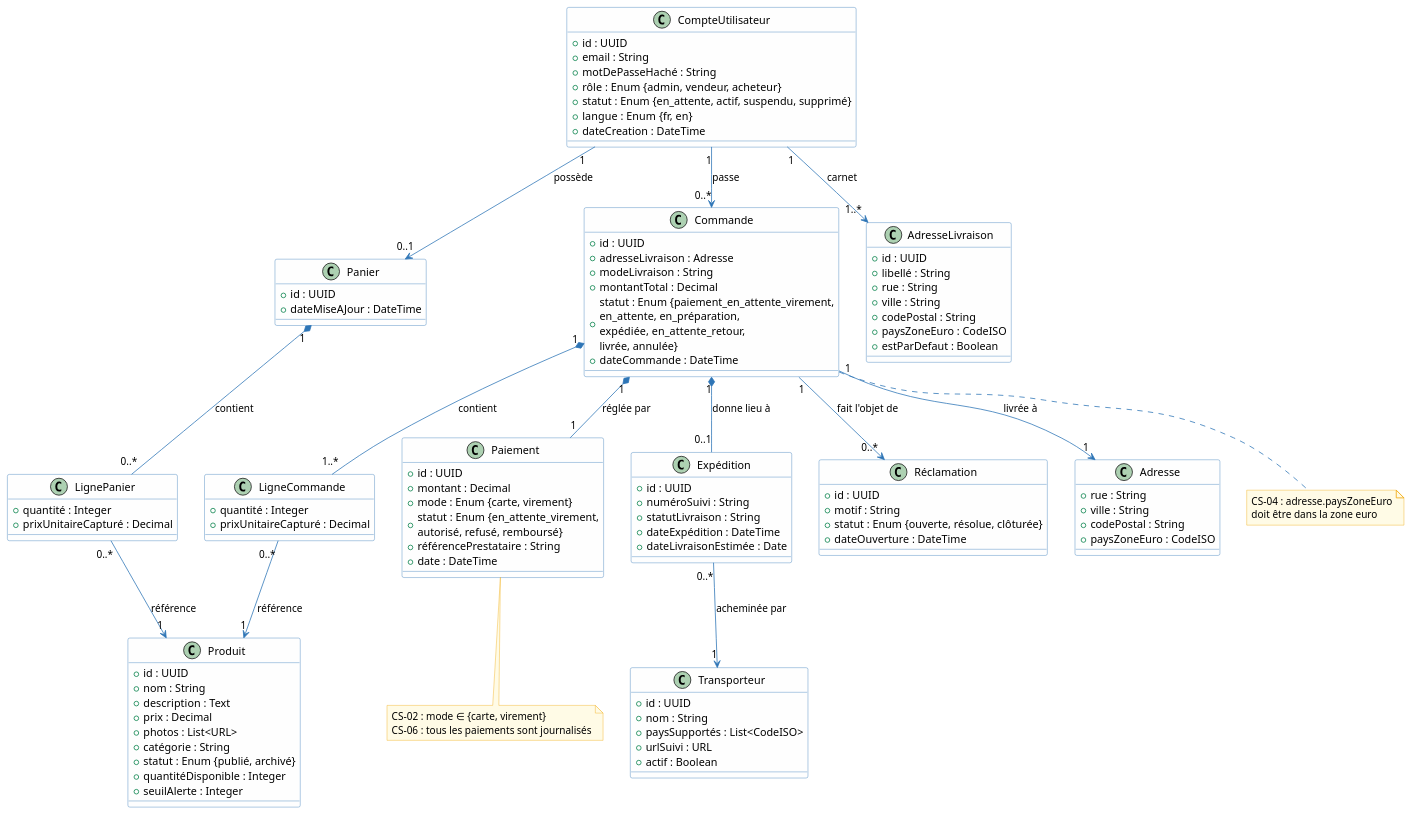
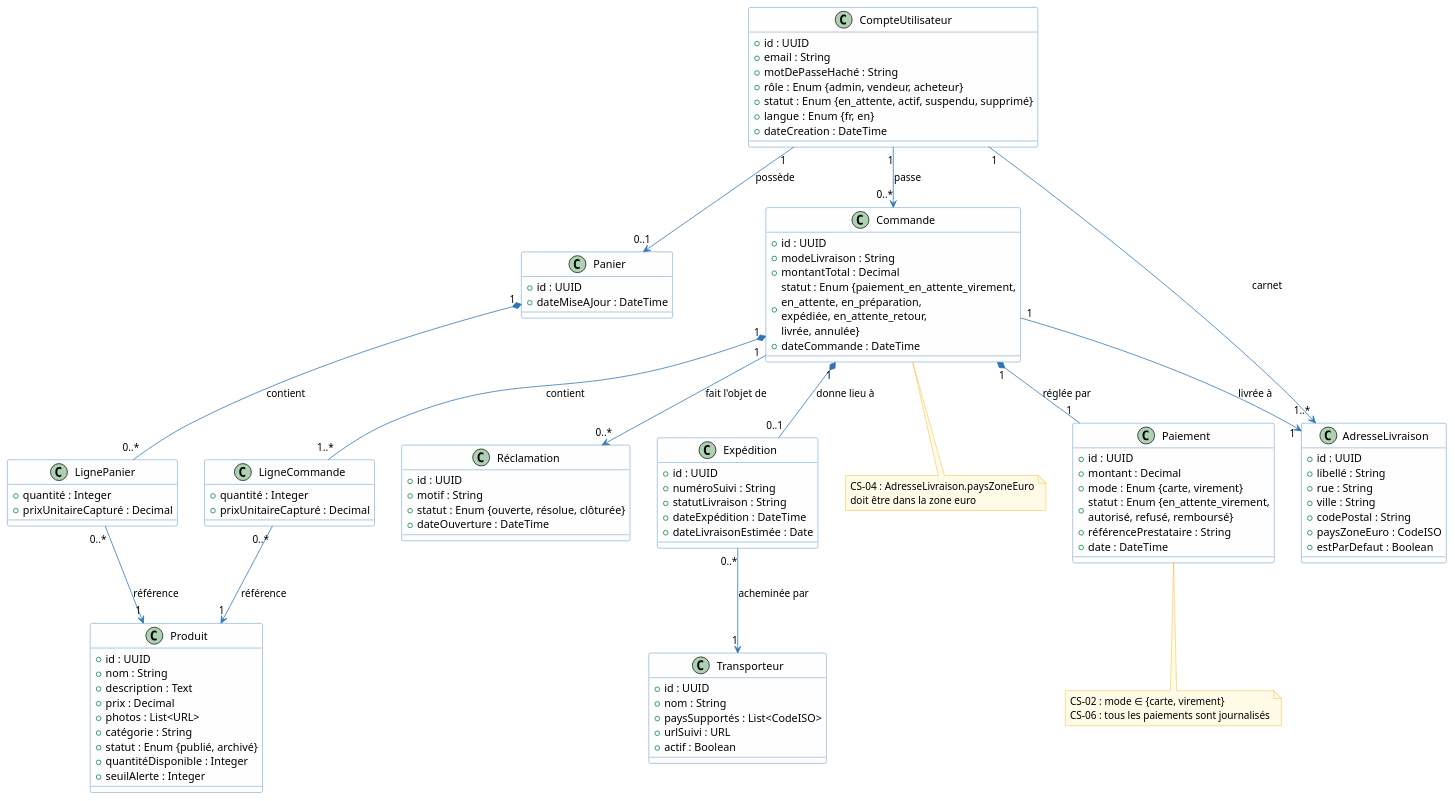
The sixth of 6 diagrams in architecture/02-system-analysis/sa.adoc (louistalvande/online_shop), drawn with PlantUML before and after one commit. The commit also changed other lines of this file and 62 other files, not shown here.

```diff
--- a/architecture/02-system-analysis/sa.adoc
+++ b/architecture/02-system-analysis/sa.adoc
@@ -1483,7 +1483,6 @@
 
 class Commande {
   + id : UUID
-  + adresseLivraison : Adresse
   + modeLivraison : String
   + montantTotal : Decimal
   + statut : Enum {paiement_en_attente_virement,\nen_attente, en_préparation,\nexpédiée, en_attente_retour,\nlivrée, annulée}
@@ -1522,13 +1521,6 @@
   + dateOuverture : DateTime
 }
 
-class Adresse {
-  + rue : String
-  + ville : String
-  + codePostal : String
-  + paysZoneEuro : CodeISO
-}
-
 class AdresseLivraison {
   + id : UUID
   + libellé : String
@@ -1549,11 +1541,11 @@
 Commande "1" *-- "1" Paiement : réglée par
 Commande "1" *-- "0..1" Expédition : donne lieu à
 Commande "1" --> "0..*" Réclamation : fait l'objet de
-Commande "1" --> "1" Adresse : livrée à
+Commande "1" --> "1" AdresseLivraison : livrée à
 Expédition "0..*" --> "1" Transporteur : acheminée par
 
 note bottom of Commande
-  CS-04 : adresse.paysZoneEuro
+  CS-04 : AdresseLivraison.paysZoneEuro
   doit être dans la zone euro
 end note
 
```
